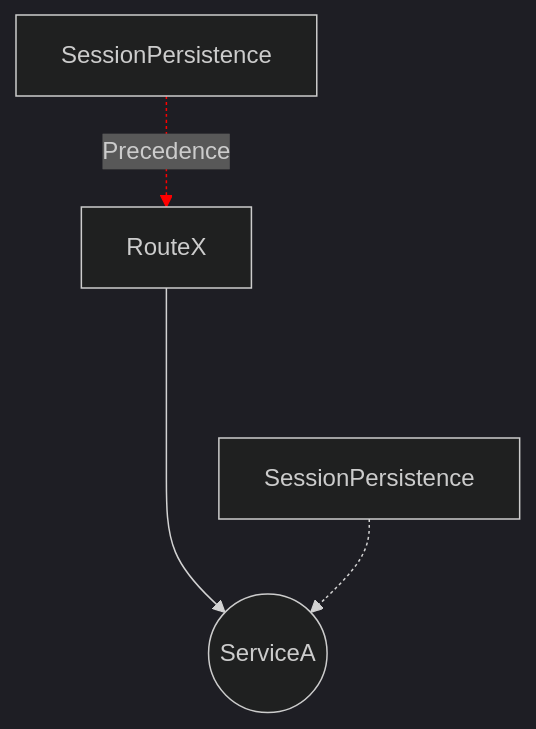
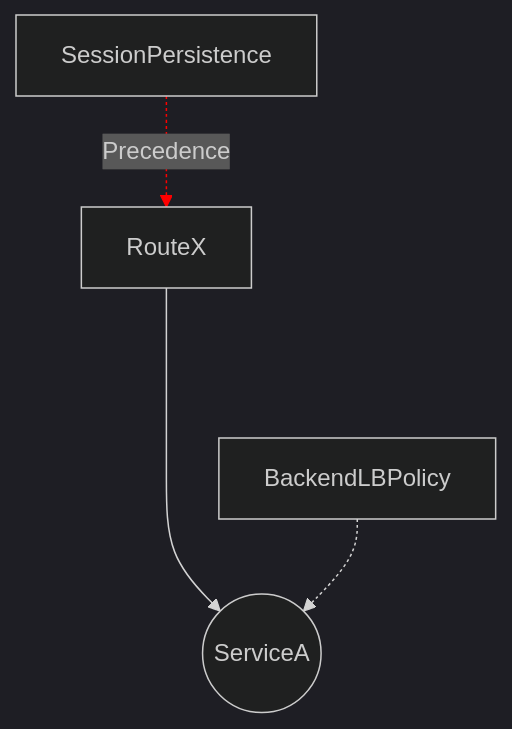
Before and after one commit to kubernetes-sigs/gateway-api: the fourth of 4 diagrams in geps/gep-1619/index.md, drawn with Mermaid (dark theme). The commit also changed other lines of this file, not shown here.

First line of the commit message:
GEP-1619: Refactor SessionPersistencePolicy into BackendLBPolicy

````diff
--- a/geps/gep-1619/index.md
+++ b/geps/gep-1619/index.md
@@ -757,7 +762,7 @@
 ```mermaid
 graph TB
    RouteX ----> ServiceA((ServiceA))
-   SessionPersistencePolicyServiceA[SessionPersistence] -.-> ServiceA
-   SessionPersistencePolicyRouteA[SessionPersistence] -.Precedence.-> RouteX
+   BackendLBPolicyServiceA[BackendLBPolicy] -.-> ServiceA
+   BackendLBPolicyRouteA[SessionPersistence] -.Precedence.-> RouteX
    linkStyle 2 stroke:red;
 ```
````
